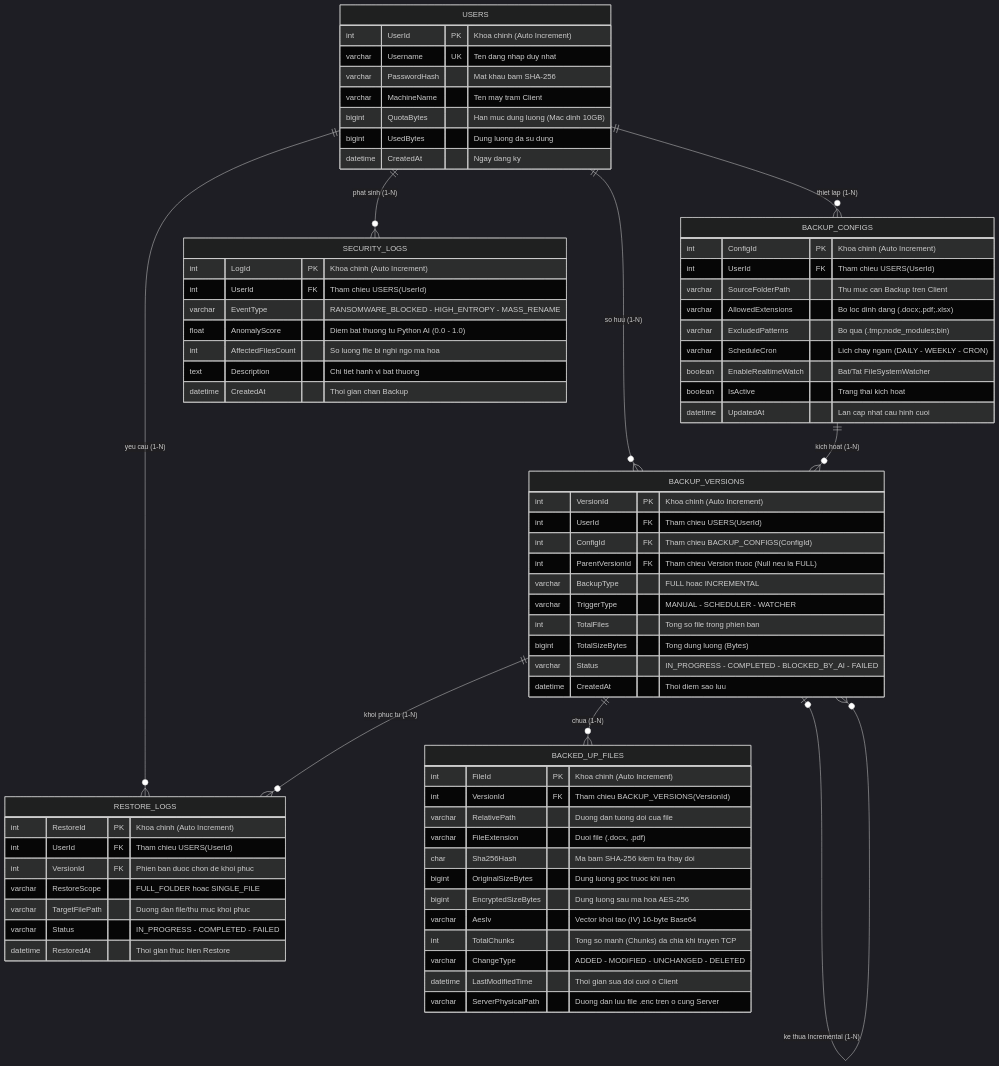
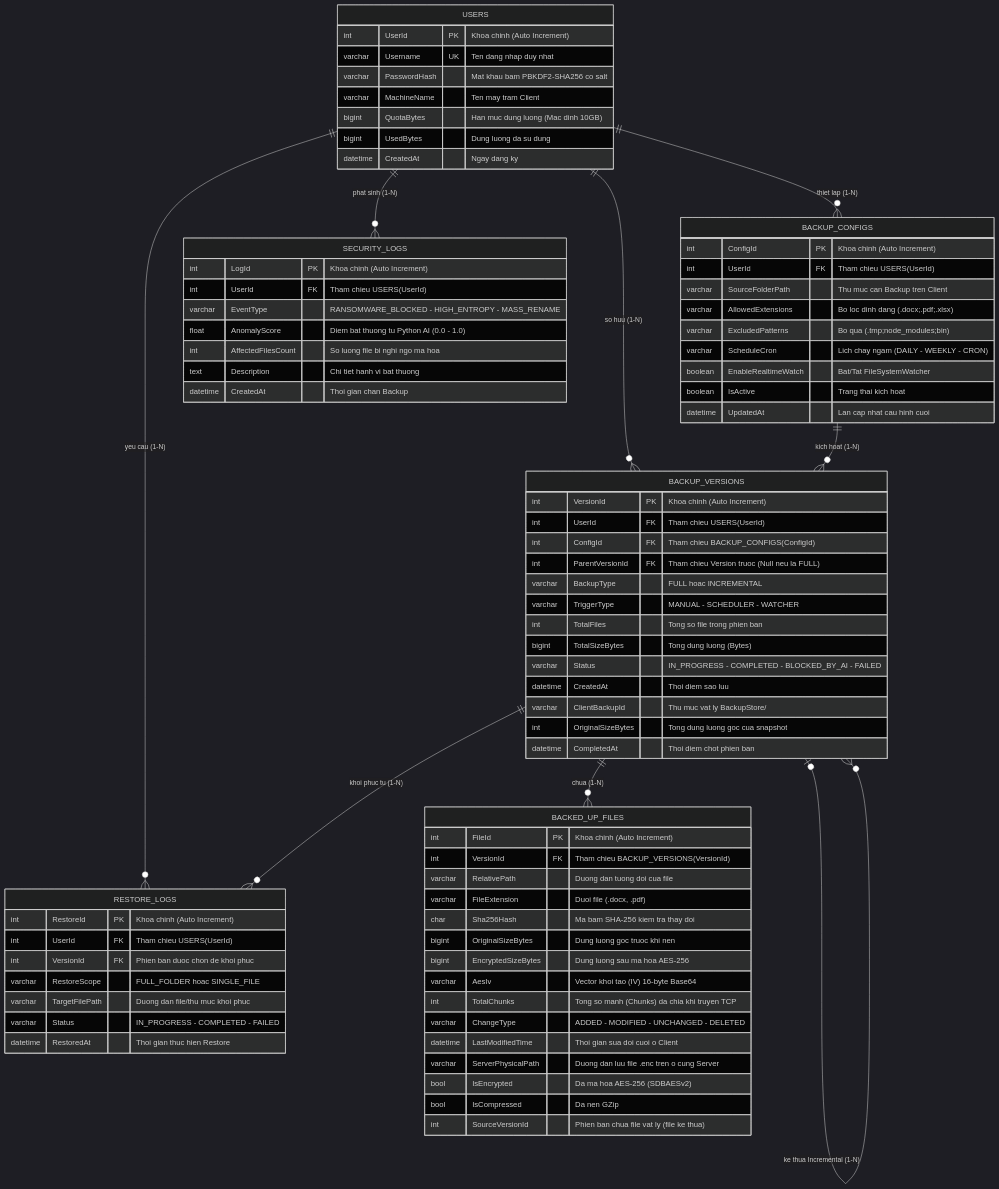
The diagram in docs/Database_ERD.md (phuphung206/Secure-Data-Backup-System), drawn with Mermaid (dark theme) before and after one commit. The commit also changed 46 other files, not shown here.

```diff
--- a/docs/Database_ERD.md
+++ b/docs/Database_ERD.md
@@ -15,7 +15,7 @@
     USERS {
         int UserId PK "Khoa chinh (Auto Increment)"
         varchar Username UK "Ten dang nhap duy nhat"
-        varchar PasswordHash "Mat khau bam SHA-256"
+        varchar PasswordHash "Mat khau bam PBKDF2-SHA256 co salt"
         varchar MachineName "Ten may tram Client"
         bigint QuotaBytes "Han muc dung luong (Mac dinh 10GB)"
         bigint UsedBytes "Dung luong da su dung"
@@ -45,6 +45,9 @@
         bigint TotalSizeBytes "Tong dung luong (Bytes)"
         varchar Status "IN_PROGRESS - COMPLETED - BLOCKED_BY_AI - FAILED"
         datetime CreatedAt "Thoi diem sao luu"
+        varchar ClientBackupId "Thu muc vat ly BackupStore/<id>"
+        int OriginalSizeBytes "Tong dung luong goc cua snapshot"
+        datetime CompletedAt "Thoi diem chot phien ban"
     }
 
     BACKED_UP_FILES {
@@ -60,6 +63,9 @@
         varchar ChangeType "ADDED - MODIFIED - UNCHANGED - DELETED"
         datetime LastModifiedTime "Thoi gian sua doi cuoi o Client"
         varchar ServerPhysicalPath "Duong dan luu file .enc tren o cung Server"
+        bool IsEncrypted "Da ma hoa AES-256 (SDBAESv2)"
+        bool IsCompressed "Da nen GZip"
+        int SourceVersionId "Phien ban chua file vat ly (file ke thua)"
     }
 
     RESTORE_LOGS {
```
